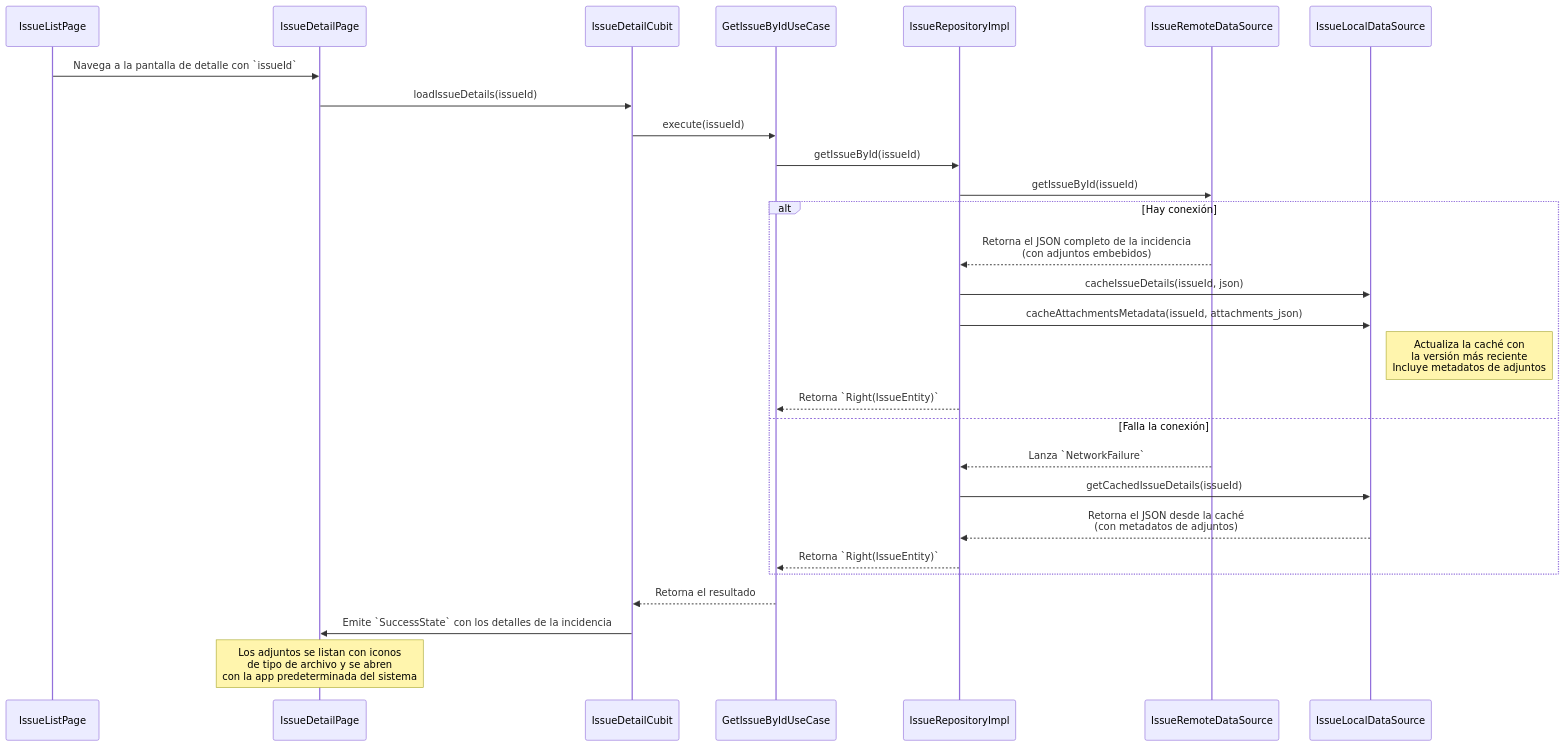
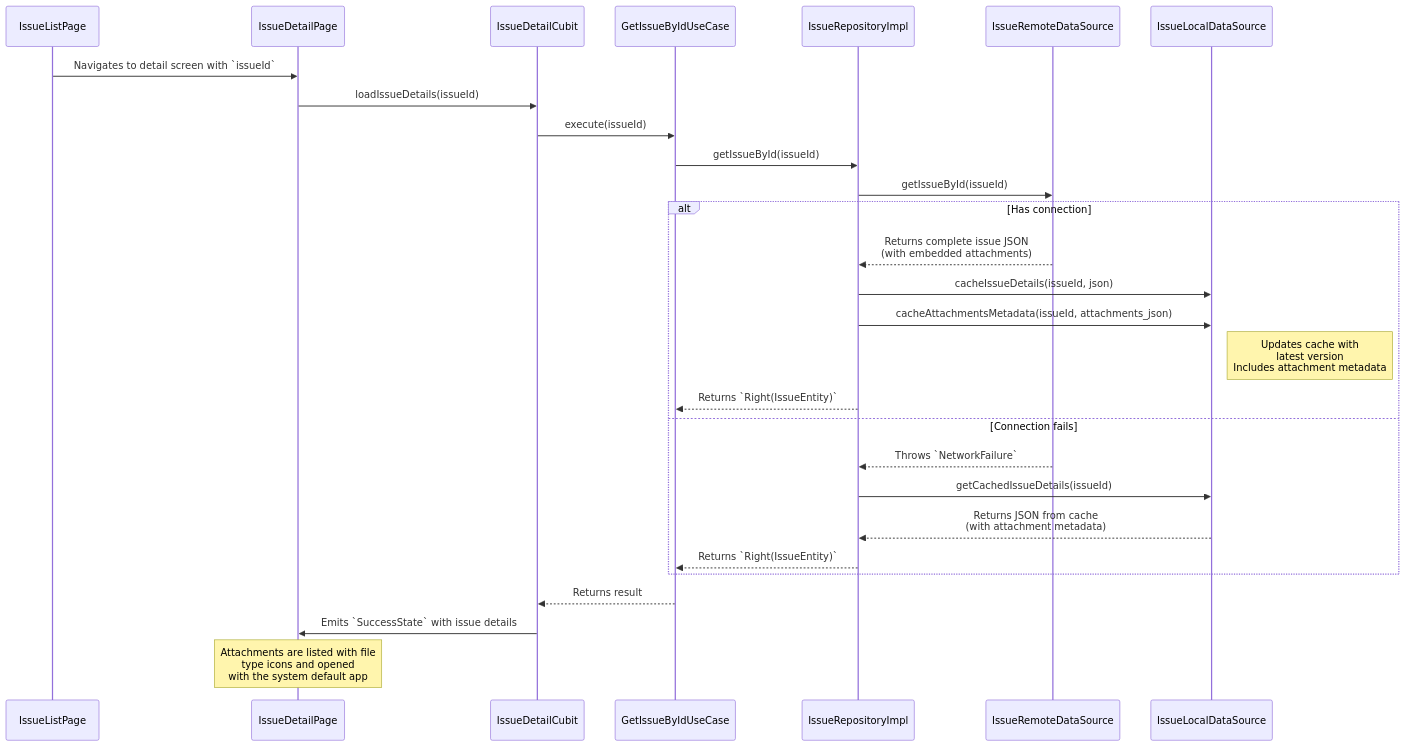
The seventh of 9 diagrams in docs/SIREN_PROJECT_OVERVIEW.md (danibeni/SIREN_APP), drawn with Mermaid before and after one commit. The commit also changed other lines of this file and 4 other files, not shown here.

````diff
--- a/docs/SIREN_PROJECT_OVERVIEW.md
+++ b/docs/SIREN_PROJECT_OVERVIEW.md
@@ -323,35 +323,35 @@
 ```mermaid
 sequenceDiagram
     participant UI_List as IssueListPage
     participant UI_Detail as IssueDetailPage
     participant Cubit as IssueDetailCubit
     participant UC as GetIssueByIdUseCase
     participant Repo as IssueRepositoryImpl
     participant RemoteDS as IssueRemoteDataSource
     participant LocalDS as IssueLocalDataSource
 
-    UI_List->>UI_Detail: Navega a la pantalla de detalle con `issueId`
+    UI_List->>UI_Detail: Navigates to detail screen with `issueId`
     UI_Detail->>Cubit: loadIssueDetails(issueId)
     Cubit->>UC: execute(issueId)
     UC->>Repo: getIssueById(issueId)
 
     Repo->>RemoteDS: getIssueById(issueId)
     
-    alt Hay conexión
-        RemoteDS-->>Repo: Retorna el JSON completo de la incidencia<br>(con adjuntos embebidos)
+    alt Has connection
+        RemoteDS-->>Repo: Returns complete issue JSON<br>(with embedded attachments)
         Repo->>LocalDS: cacheIssueDetails(issueId, json)
         Repo->>LocalDS: cacheAttachmentsMetadata(issueId, attachments_json)
-        Note right of LocalDS: Actualiza la caché con<br>la versión más reciente<br>Incluye metadatos de adjuntos
-        Repo-->>UC: Retorna `Right(IssueEntity)`
-    else Falla la conexión
-        RemoteDS-->>Repo: Lanza `NetworkFailure`
+        Note right of LocalDS: Updates cache with<br>latest version<br>Includes attachment metadata
+        Repo-->>UC: Returns `Right(IssueEntity)`
+    else Connection fails
+        RemoteDS-->>Repo: Throws `NetworkFailure`
         Repo->>LocalDS: getCachedIssueDetails(issueId)
-        LocalDS-->>Repo: Retorna el JSON desde la caché<br>(con metadatos de adjuntos)
-        Repo-->>UC: Retorna `Right(IssueEntity)`
+        LocalDS-->>Repo: Returns JSON from cache<br>(with attachment metadata)
+        Repo-->>UC: Returns `Right(IssueEntity)`
     end
 
-    UC-->>Cubit: Retorna el resultado
-    Cubit->>UI_Detail: Emite `SuccessState` con los detalles de la incidencia
+    UC-->>Cubit: Returns result
+    Cubit->>UI_Detail: Emits `SuccessState` with issue details
 
-    Note over UI_Detail: Los adjuntos se listan con iconos<br>de tipo de archivo y se abren<br>con la app predeterminada del sistema
+    Note over UI_Detail: Attachments are listed with file<br>type icons and opened<br>with the system default app
 ```
````
